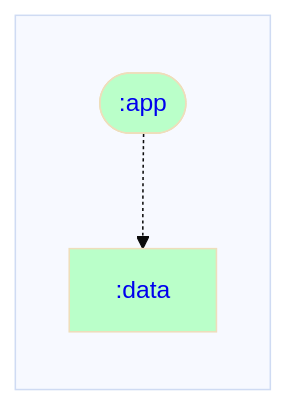
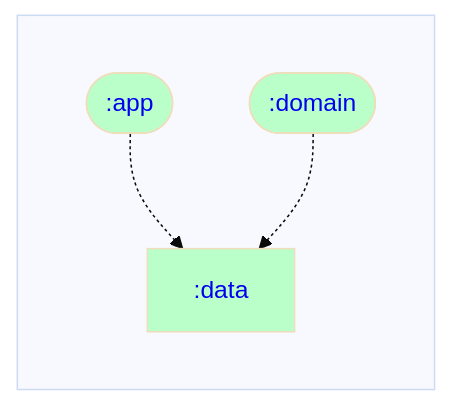
The diagram in data/dependencyGraph.md (ARES-ID/Daedalus), drawn with Mermaid before and after one commit. The commit also changed 4 other files, not shown here.

Commit message:
Generate dependency graphs

````diff
--- a/data/dependencyGraph.md
+++ b/data/dependencyGraph.md
@@ -1,22 +1,24 @@
 ```mermaid
 %%{ init: { 'theme': 'base' } }%%
 graph LR;
 
 %% Styling for module nodes by type
 classDef rootNode stroke-width:4px;
 classDef mppNode fill:#ffd2b3,color:#333333;
 classDef andNode fill:#baffc9,color:#333333;
 classDef javaNode fill:#ffb3ba,color:#333333;
 
 %% Modules
 subgraph  
   direction TB;
   :app([<a href='https://github.com/rjspies/Daedalus/blob/main/app/dependencyGraph.md' style='text-decoration:auto'>:app</a>]):::andNode;
   :data[<a href='https://github.com/rjspies/Daedalus/blob/main/data/dependencyGraph.md' style='text-decoration:auto'>:data</a>]:::andNode;
+  :domain([<a href='https://github.com/rjspies/Daedalus/blob/main/domain/dependencyGraph.md' style='text-decoration:auto'>:domain</a>]):::andNode;
 end
 
 %% Dependencies
 
 %% Dependents
 :app-.->:data
+:domain-.->:data
 ```
````
